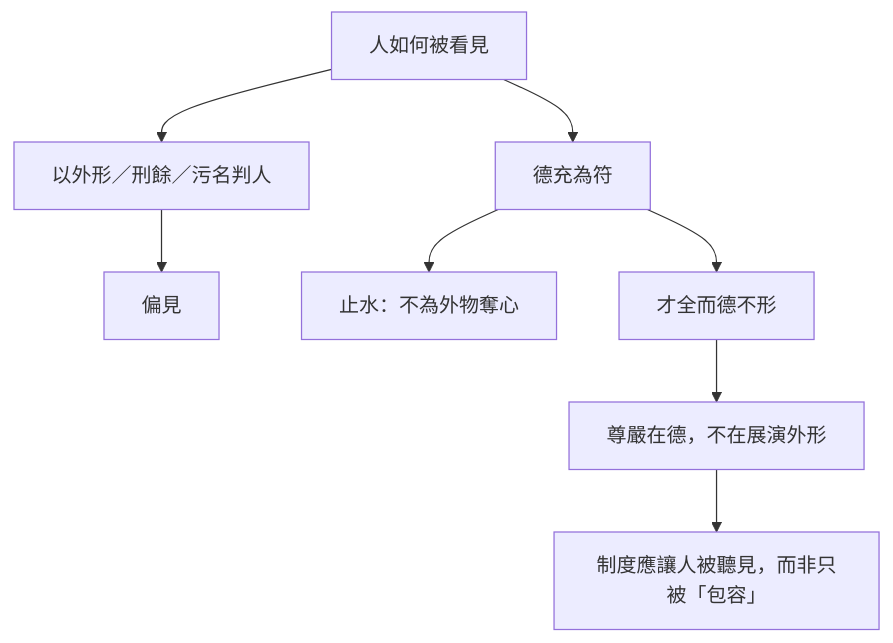
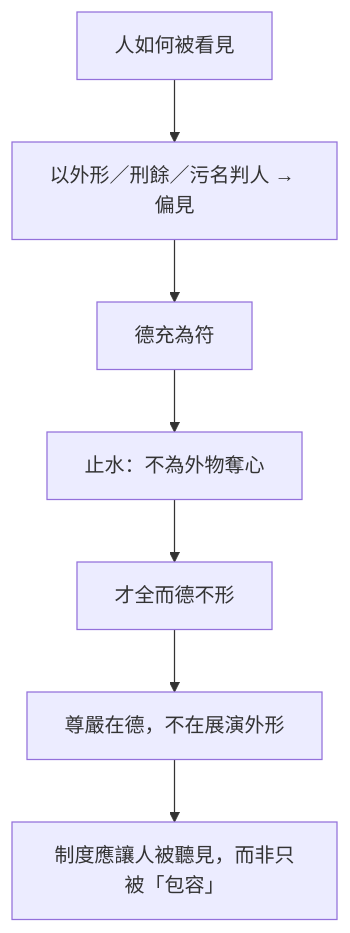
Before and after one commit to show0621/zhuangzi-atlas: the diagram in content/chapters/01-內篇/05-德充符.md, drawn with Mermaid. The commit also changed other lines of this file and 35 other files, not shown here.

First line of the commit message:
fix(print): 全書心智圖改單欄並獨頁放大

````diff
--- a/content/chapters/01-內篇/05-德充符.md
+++ b/content/chapters/01-內篇/05-德充符.md
@@ -239,10 +239,10 @@
 ```mermaid
 flowchart TB
-  Q[人如何被看見] --> W[以外形／刑餘／污名判人]
-  W --> B[偏見]
-  Q --> D[德充為符]
-  D --> S[止水：不為外物奪心]
-  D --> F[才全而德不形]
-  F --> E[尊嚴在德，不在展演外形]
-  E --> I[制度應讓人被聽見，而非只被「包容」]
+  Q["人如何被看見"]
+  Q --> W["以外形／刑餘／污名判人 → 偏見"]
+  W --> D["德充為符"]
+  D --> S["止水：不為外物奪心"]
+  S --> F["才全而德不形"]
+  F --> E["尊嚴在德，不在展演外形"]
+  E --> I["制度應讓人被聽見，而非只被「包容」"]
 ```
````
